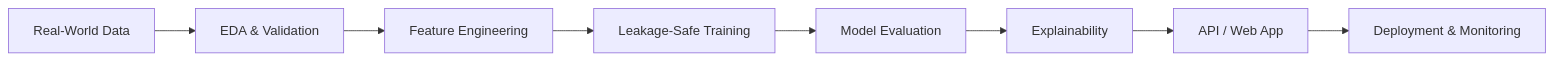
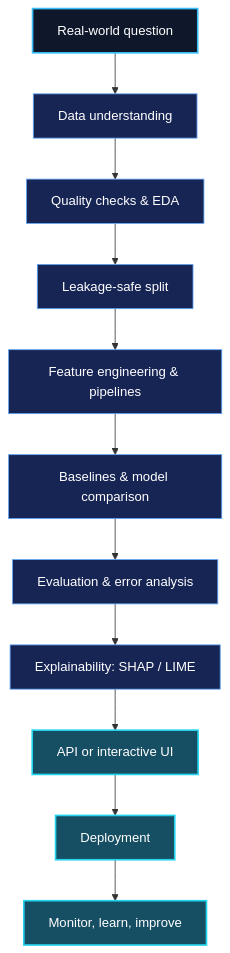
Before and after one commit to samifahim07/samifahim07: the diagram in README.md, drawn with Mermaid. The commit also changed other lines of this file, not shown here.

````diff
--- a/README.md
+++ b/README.md
@@ -57,10 +72,20 @@
 ```mermaid
-flowchart LR
-    A[Real-World Data] --> B[EDA & Validation]
-    B --> C[Feature Engineering]
-    C --> D[Leakage-Safe Training]
-    D --> E[Model Evaluation]
-    E --> F[Explainability]
-    F --> G[API / Web App]
-    G --> H[Deployment & Monitoring]
+flowchart TD
+    A[Real-world question] --> B[Data understanding]
+    B --> C[Quality checks & EDA]
+    C --> D[Leakage-safe split]
+    D --> E[Feature engineering & pipelines]
+    E --> F[Baselines & model comparison]
+    F --> G[Evaluation & error analysis]
+    G --> H[Explainability: SHAP / LIME]
+    H --> I[API or interactive UI]
+    I --> J[Deployment]
+    J --> K[Monitor, learn, improve]
+
+    classDef question fill:#0f172a,color:#ffffff,stroke:#38bdf8,stroke-width:2px;
+    classDef process fill:#172554,color:#ffffff,stroke:#60a5fa;
+    classDef output fill:#164e63,color:#ffffff,stroke:#22d3ee,stroke-width:2px;
+    class A question;
+    class B,C,D,E,F,G,H process;
+    class I,J,K output;
 ```
````
